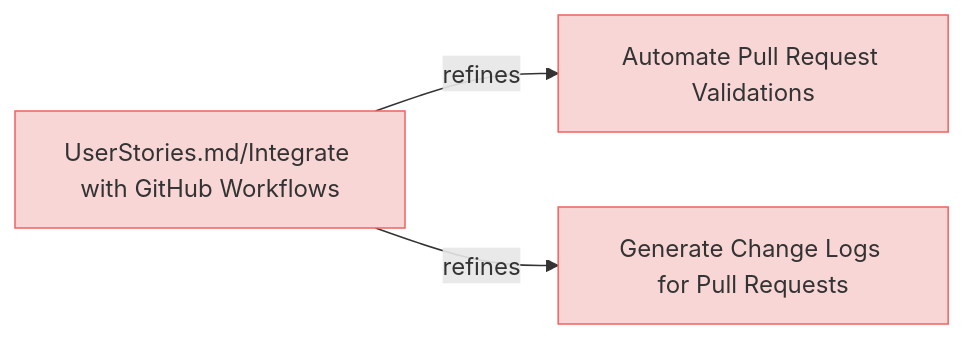
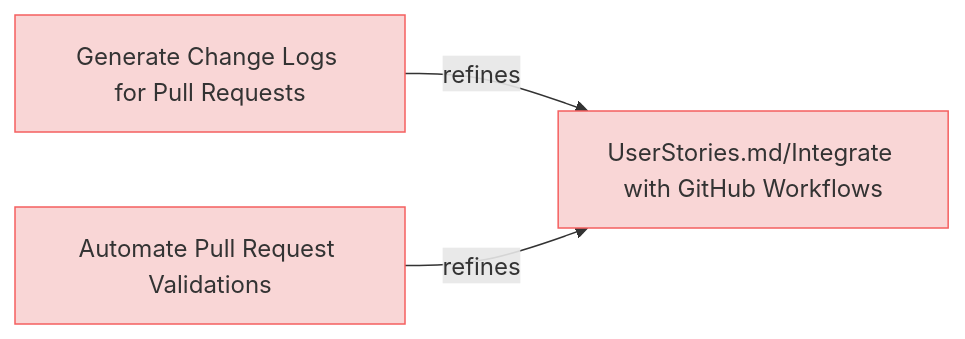
The fourth of 9 diagrams in specifications/UserRequirements.md (reqvire-org/reqvire), drawn with Mermaid before and after one commit. The commit also changed other lines of this file and 22 other files, not shown here.

````diff
--- a/specifications/UserRequirements.md
+++ b/specifications/UserRequirements.md
@@ -329,20 +329,20 @@
 ```mermaid
 graph LR;
   %% Graph styling
   classDef requirement fill:#f9d6d6,stroke:#f55f5f,stroke-width:1px;
   classDef verification fill:#d6f9d6,stroke:#5fd75f,stroke-width:1px;
   classDef externalLink fill:#d0e0ff,stroke:#3080ff,stroke-width:1px;
   classDef default fill:#f5f5f5,stroke:#333333,stroke-width:1px;
 
-  b41f362e18fb2449["Automate Pull Request Validations"];
-  click b41f362e18fb2449 "https://github.com/Reqvire/reqvire/blob/667635d4628fed400323f7df3689af2dbc2ad666/specifications/UserRequirements.md#automate-pull-request-validations";
-  class b41f362e18fb2449 requirement;
+  efa1cab60b058344["Generate Change Logs for Pull Requests"];
+  click efa1cab60b058344 "https://github.com/Reqvire/reqvire/blob/ad88ba6b828e94c93382866fefd058c011c1ac60/specifications/UserRequirements.md#generate-change-logs-for-pull-requests";
+  class efa1cab60b058344 requirement;
   1563f8454019c887["UserStories.md/Integrate with GitHub Workflows"];
   class 1563f8454019c887 requirement;
-  click 1563f8454019c887 "https://github.com/Reqvire/reqvire/blob/667635d4628fed400323f7df3689af2dbc2ad666/specifications/UserStories.md#integrate-with-github-workflows";
-  1563f8454019c887 -->|refines| b41f362e18fb2449;
-  efa1cab60b058344["Generate Change Logs for Pull Requests"];
-  click efa1cab60b058344 "https://github.com/Reqvire/reqvire/blob/667635d4628fed400323f7df3689af2dbc2ad666/specifications/UserRequirements.md#generate-change-logs-for-pull-requests";
-  class efa1cab60b058344 requirement;
-  1563f8454019c887 -->|refines| efa1cab60b058344;
+  click 1563f8454019c887 "https://github.com/Reqvire/reqvire/blob/ad88ba6b828e94c93382866fefd058c011c1ac60/specifications/UserStories.md#integrate-with-github-workflows";
+  efa1cab60b058344 -->|refines| 1563f8454019c887;
+  b41f362e18fb2449["Automate Pull Request Validations"];
+  click b41f362e18fb2449 "https://github.com/Reqvire/reqvire/blob/ad88ba6b828e94c93382866fefd058c011c1ac60/specifications/UserRequirements.md#automate-pull-request-validations";
+  class b41f362e18fb2449 requirement;
+  b41f362e18fb2449 -->|refines| 1563f8454019c887;
 ```
````
